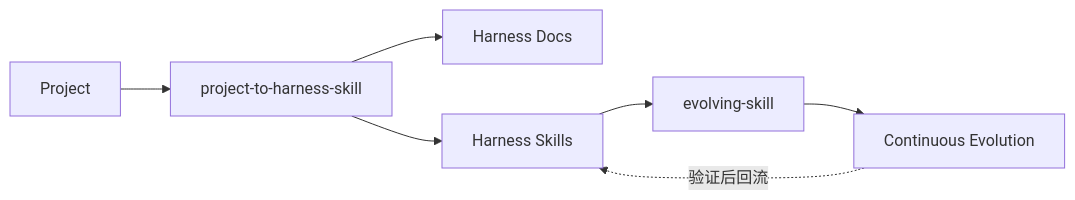
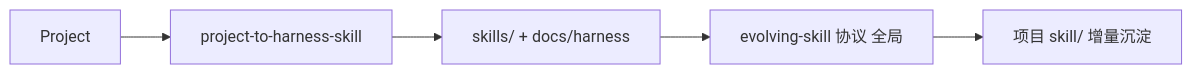
One commit to Barry04/ai-skill-repository changed the fifth of 5 diagrams in skill/project-to-harness-skill/references/workflow.md. Above: the diagram before and after it, drawn with Mermaid. The commit also changed other lines of this file and 10 other files, not shown here.

First line of the commit message:
docs: evolving-skill protocol global, evolved skills stay in project skill/

````diff
--- a/skill/project-to-harness-skill/references/workflow.md
+++ b/skill/project-to-harness-skill/references/workflow.md
@@ -87,9 +87,7 @@
 ```mermaid
 flowchart LR
   P[Project] --> PTH[project-to-harness-skill]
-  PTH --> HD[Harness Docs]
-  PTH --> HS[Harness Skills]
-  HS --> ES[evolving-skill]
-  ES --> CE[Continuous Evolution]
-  CE -.->|验证后回流| HS
+  PTH --> HS[skills/ + docs/harness]
+  HS --> ES[evolving-skill 协议 全局]
+  ES --> PS[项目 skill/ 增量沉淀]
 ```
````
